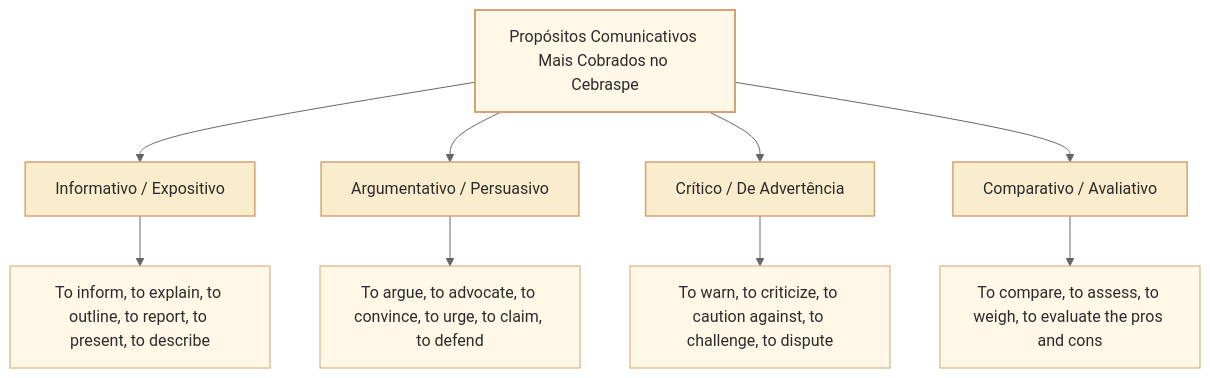
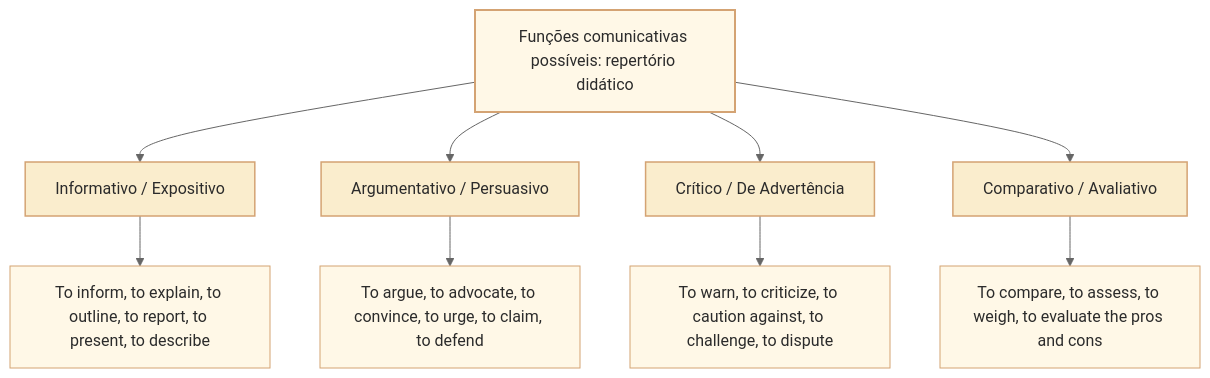
The second of 2 diagrams in 3 - Materias/Ingles/07 - como localizar assunto tese e proposito em textos em ingles.md (leorruas/concursos), drawn with Mermaid (neutral theme) before and after one commit. The commit also changed other lines of this file, not shown here.

````diff
--- a/3 - Materias/Ingles/07 - como localizar assunto tese e proposito em textos em ingles.md
+++ b/3 - Materias/Ingles/07 - como localizar assunto tese e proposito em textos em ingles.md
@@ -89,20 +89,20 @@
 ```mermaid
 flowchart TD
-    A["Propósitos Comunicativos Mais Cobrados no Cebraspe"] --> B["Informativo / Expositivo"]
+    A["Funções comunicativas possíveis: repertório didático"] --> B["Informativo / Expositivo"]
     A --> C["Argumentativo / Persuasivo"]
     A --> D["Crítico / De Advertência"]
     A --> E["Comparativo / Avaliativo"]
     
     B --> B1["To inform, to explain, to outline, to report, to present, to describe"]
     C --> C1["To argue, to advocate, to convince, to urge, to claim, to defend"]
     D --> D1["To warn, to criticize, to caution against, to challenge, to dispute"]
     E --> E1["To compare, to assess, to weigh, to evaluate the pros and cons"]
 
     classDef raiz fill:#fff8e7,stroke:#d4a373,color:#2b2b2b,stroke-width:2px;
     classDef ramo fill:#faedcd,stroke:#d4a373,color:#2b2b2b,stroke-width:1.5px;
     classDef folha fill:#fff8e7,stroke:#d4a373,color:#2b2b2b,stroke-width:1px;
 
     class A raiz;
     class B,C,D,E ramo;
     class B1,C1,D1,E1 folha;
 ```
````
